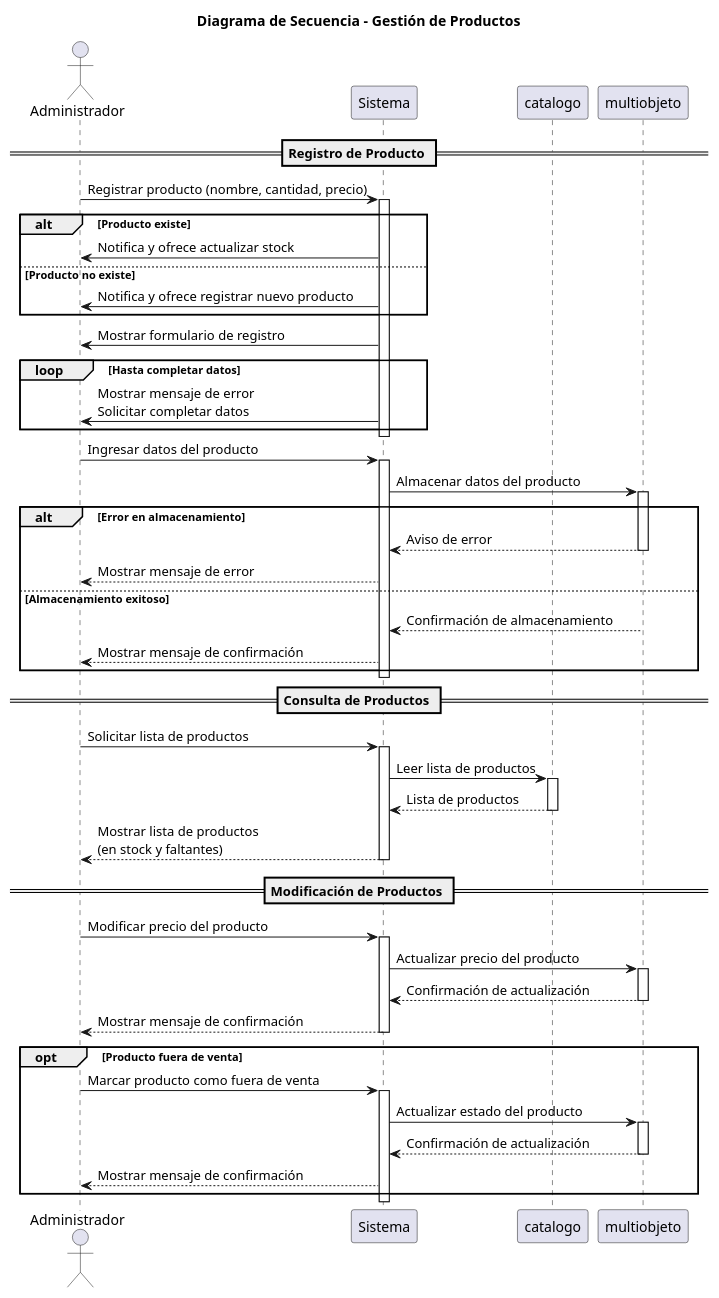
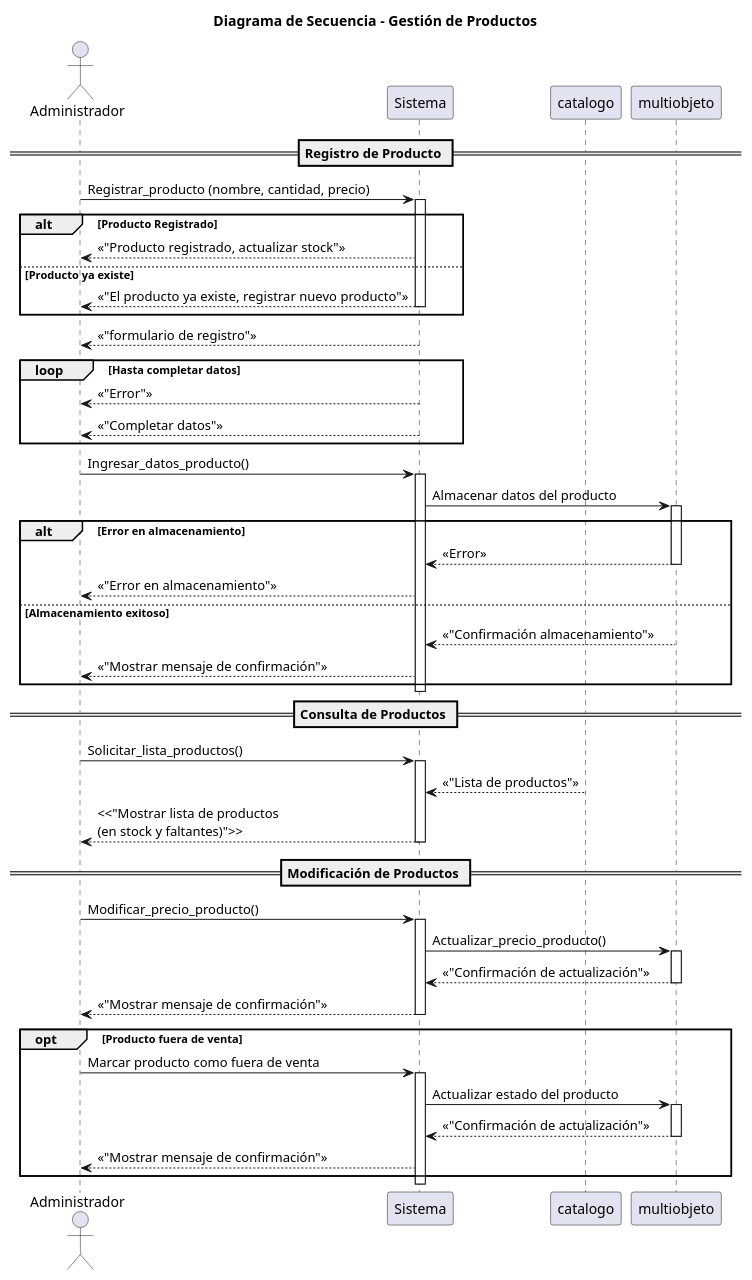
The diagram in 08-Diagrama-secuencia/04_Productos (D.S).puml (Luci1274/PPI_Proyecto_gomeria), drawn with PlantUML before and after one commit.

Commit message:
correccion
correcciones en diagrama

```diff
--- a/08-Diagrama-secuencia/04_Productos (D.S).puml
+++ b/08-Diagrama-secuencia/04_Productos (D.S).puml
@@ -1,76 +1,79 @@
 @startuml
 title Diagrama de Secuencia - Gestión de Productos
 
 actor Administrador
 participant "Sistema" as Sistema
 participant "catalogo" as C
 participant "multiobjeto" as MO
 
 == Registro de Producto ==
 
-Administrador -> Sistema: Registrar producto (nombre, cantidad, precio)
+Administrador -> Sistema: Registrar_producto (nombre, cantidad, precio)
 activate Sistema
 
-alt Producto existe
-    Sistema -> Administrador: Notifica y ofrece actualizar stock
-else Producto no existe
-    Sistema -> Administrador: Notifica y ofrece registrar nuevo producto
+alt Producto Registrado
+    Sistema --> Administrador: <<"Producto registrado, actualizar stock">>
+else Producto ya existe
+    Sistema --> Administrador: <<"El producto ya existe, registrar nuevo producto">>
+deactivate Sistema
 end
 
-Sistema -> Administrador: Mostrar formulario de registro
+
+Sistema --> Administrador: <<"formulario de registro">>
+
 
 loop Hasta completar datos
-    Sistema -> Administrador: Mostrar mensaje de error\nSolicitar completar datos
+    Sistema --> Administrador: <<"Error">>
+    Sistema --> Administrador: <<"Completar datos">>
 end
-deactivate Sistema
 
-Administrador -> Sistema: Ingresar datos del producto
+
+Administrador -> Sistema: Ingresar_datos_producto()
 activate Sistema
 Sistema -> MO: Almacenar datos del producto
 activate MO
 
 alt Error en almacenamiento
-    MO --> Sistema: Aviso de error
+    MO --> Sistema: <<Error>>
     deactivate MO
-    Sistema --> Administrador: Mostrar mensaje de error
+    Sistema --> Administrador: <<"Error en almacenamiento">>
 else Almacenamiento exitoso
-    MO --> Sistema: Confirmación de almacenamiento
+    MO --> Sistema: <<"Confirmación almacenamiento">>
     deactivate MO
-    Sistema --> Administrador: Mostrar mensaje de confirmación
+    Sistema --> Administrador: <<"Mostrar mensaje de confirmación">>
 end
 deactivate Sistema
 
 == Consulta de Productos ==
 
-Administrador -> Sistema: Solicitar lista de productos
+Administrador -> Sistema: Solicitar_lista_productos()
 activate Sistema
-Sistema -> C: Leer lista de productos
-activate C
-C --> Sistema: Lista de productos
+
+C --> Sistema: <<"Lista de productos">>
 deactivate C
-Sistema --> Administrador: Mostrar lista de productos\n(en stock y faltantes)
+Sistema --> Administrador: <<"Mostrar lista de productos\n(en stock y faltantes)">>
 deactivate Sistema
 
 == Modificación de Productos ==
 
-Administrador -> Sistema: Modificar precio del producto
+Administrador -> Sistema: Modificar_precio_producto()
 activate Sistema
-Sistema -> MO: Actualizar precio del producto
+Sistema -> MO: Actualizar_precio_producto()
 activate MO
-MO --> Sistema: Confirmación de actualización
+MO --> Sistema: <<"Confirmación de actualización">>
 deactivate MO
-Sistema --> Administrador: Mostrar mensaje de confirmación
+Sistema --> Administrador: <<"Mostrar mensaje de confirmación">>
 deactivate Sistema
 
 opt Producto fuera de venta
     Administrador -> Sistema: Marcar producto como fuera de venta
     activate Sistema
     Sistema -> MO: Actualizar estado del producto
     activate MO
-    MO --> Sistema: Confirmación de actualización
+    MO --> Sistema: <<"Confirmación de actualización">>
     deactivate MO
-    Sistema --> Administrador: Mostrar mensaje de confirmación
+    Sistema --> Administrador: <<"Mostrar mensaje de confirmación">>
     
 end
 
 @enduml
```
